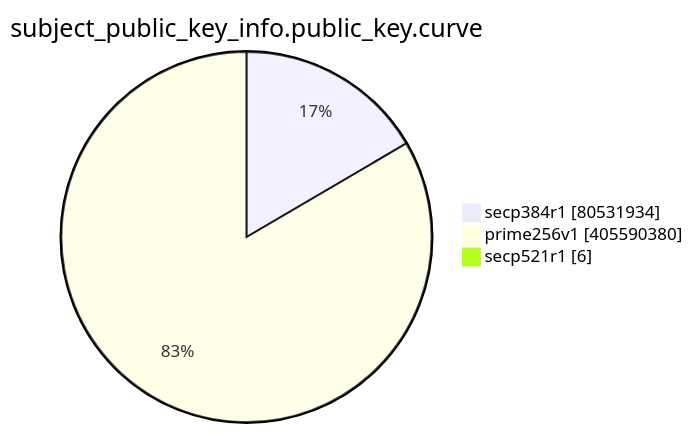
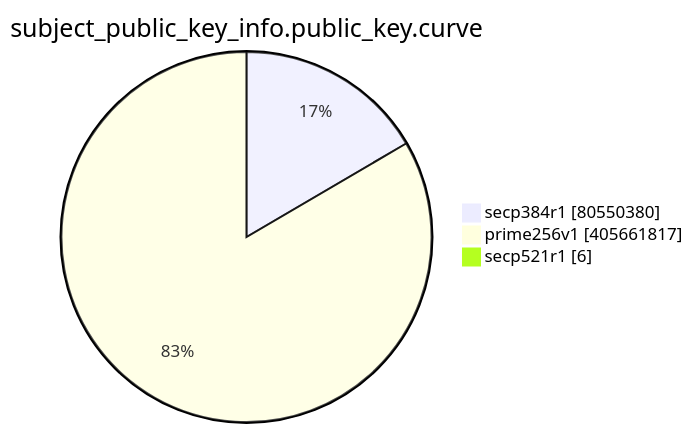
The eighth of 15 diagrams in TOTAL/README.md (christiankrug/ctmonitor_visualization), drawn with Mermaid before and after one commit. The commit also changed other lines of this file, not shown here.

````diff
--- a/TOTAL/README.md
+++ b/TOTAL/README.md
@@ -3095,7 +3095,7 @@
 ```mermaid
 pie showData
 title subject_public_key_info.public_key.curve
-"secp384r1" :80531934
-"prime256v1" :405590380
+"secp384r1" :80550380
+"prime256v1" :405661817
 "secp521r1" :6
 ```
````
